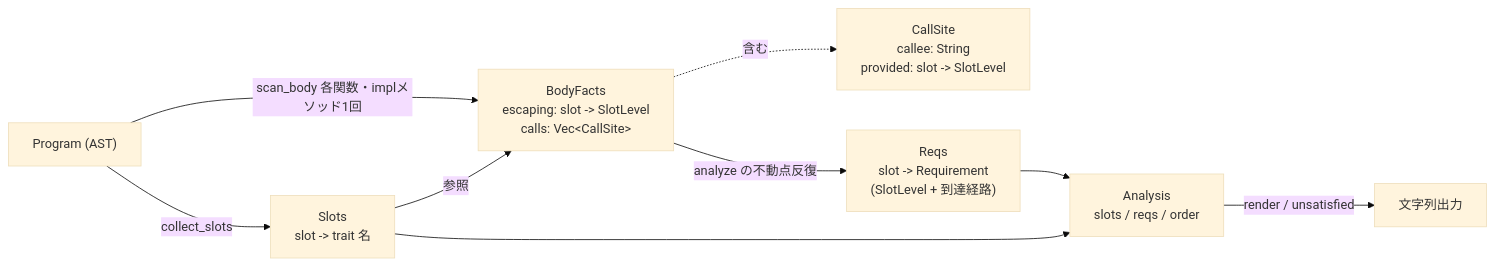
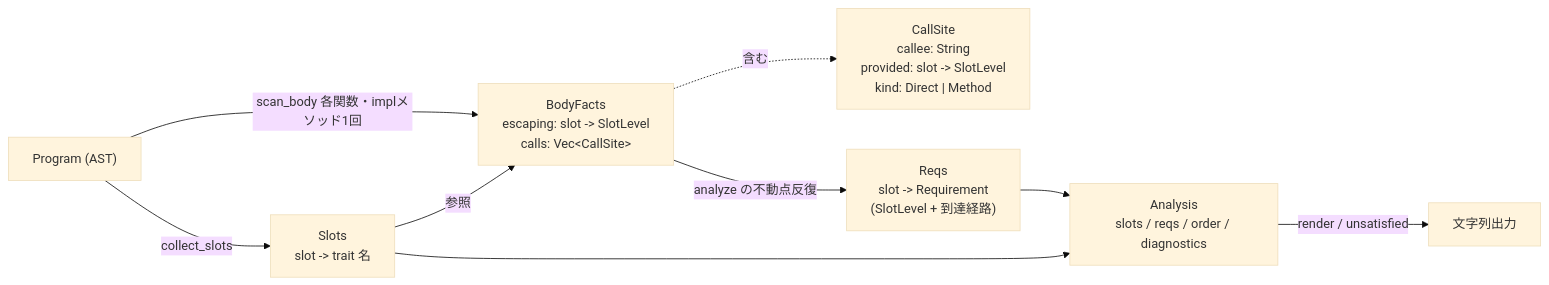
One commit to mikan-919/rhodolite changed the second of 2 diagrams in docs/requirement-map.md. Above: the diagram before and after it, drawn with Mermaid (base theme). The commit also changed other lines of this file and 4 other files, not shown here.

````diff
--- a/docs/requirement-map.md
+++ b/docs/requirement-map.md
@@ -57,19 +57,19 @@
 ```mermaid
 flowchart LR
     P["Program (AST)"]
     S["Slots<br/>slot -> trait 名"]
     BF["BodyFacts<br/>escaping: slot -> SlotLevel<br/>calls: Vec&lt;CallSite&gt;"]
-    CS["CallSite<br/>callee: String<br/>provided: slot -> SlotLevel"]
+    CS["CallSite<br/>callee: String<br/>provided: slot -> SlotLevel<br/>kind: Direct | Method"]
     R["Reqs<br/>slot -> Requirement<br/>(SlotLevel + 到達経路)"]
-    A["Analysis<br/>slots / reqs / order"]
+    A["Analysis<br/>slots / reqs / order / diagnostics"]
     OUT["文字列出力"]
 
     P -->|collect_slots| S
     P -->|scan_body 各関数・implメソッド1回| BF
     BF -.含む.-> CS
     S -->|参照| BF
     BF -->|analyze の不動点反復| R
     R --> A
     S --> A
     A -->|render / unsatisfied| OUT
 ```
````
